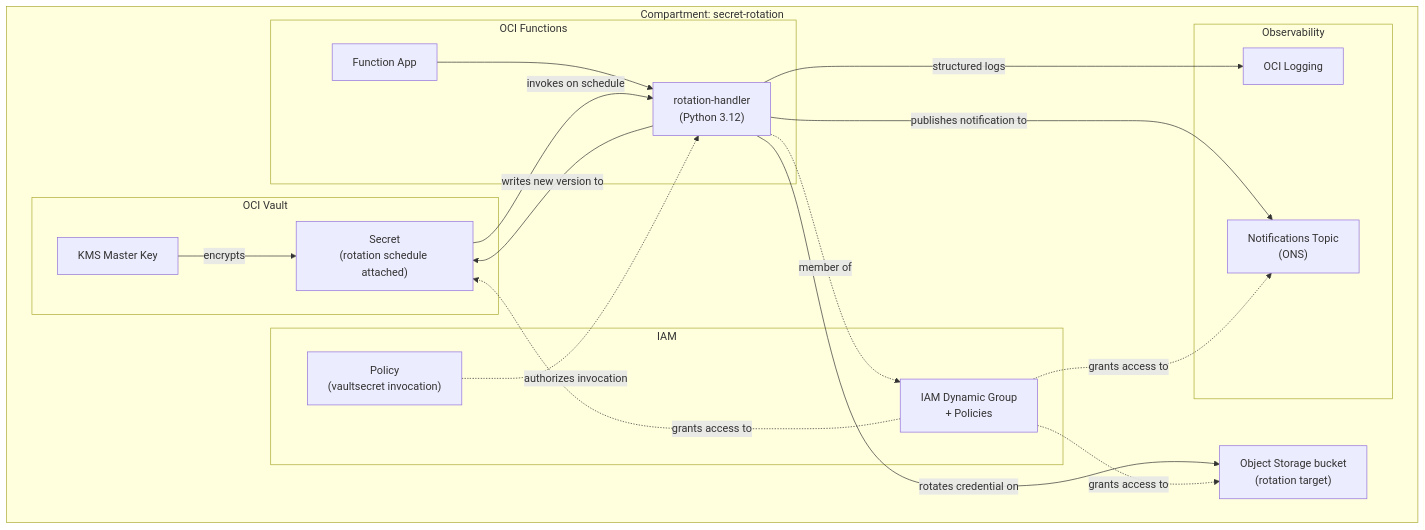
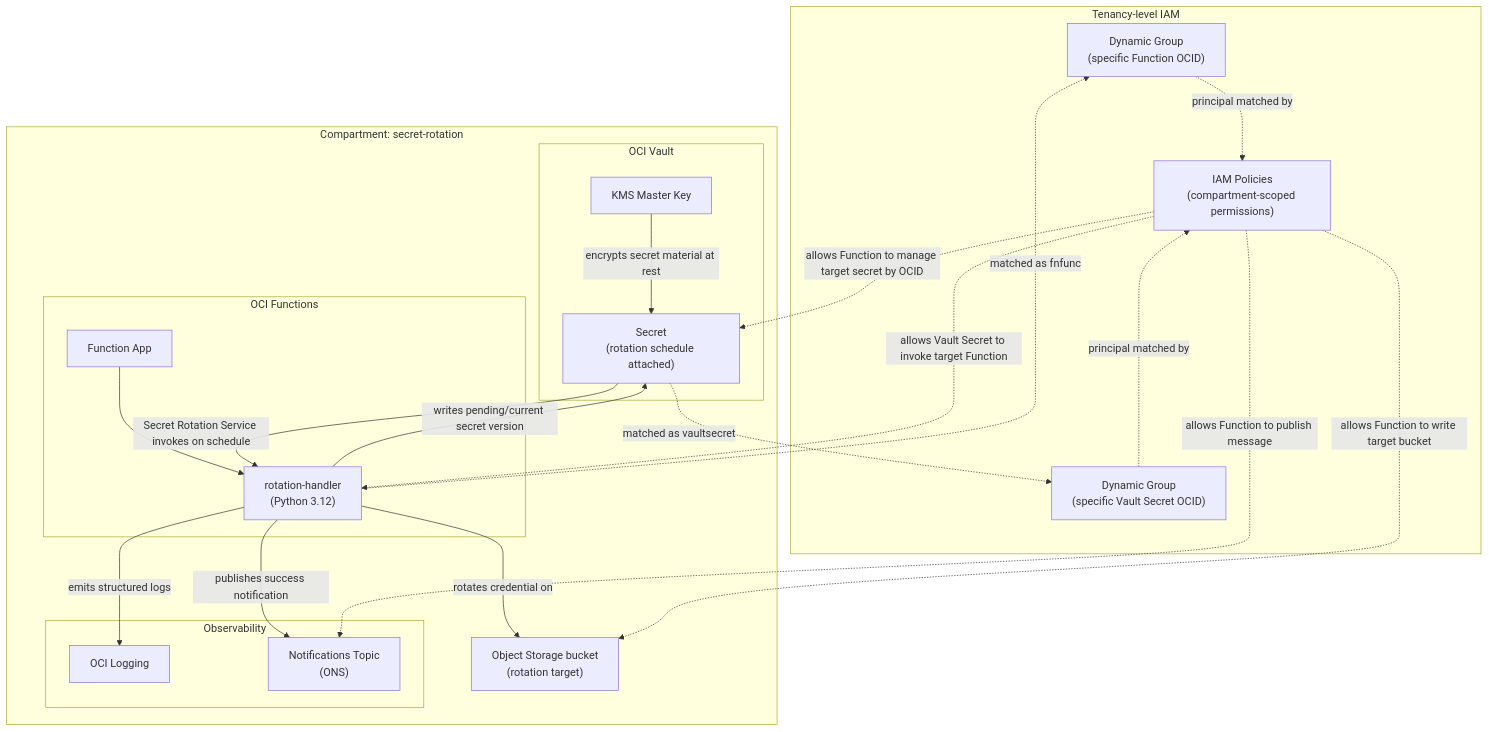
The first of 2 diagrams in docs/design.md (perspectivism/oci-secret-rotation), drawn with Mermaid before and after one commit. The commit also changed other lines of this file and 12 other files, not shown here.

````diff
--- a/docs/design.md
+++ b/docs/design.md
@@ -42,39 +42,45 @@
 ```mermaid
 graph TD
+    subgraph tenancy["Tenancy-level IAM"]
+        DG1["Dynamic Group<br/>(specific Function OCID)"]
+        DG2["Dynamic Group<br/>(specific Vault Secret OCID)"]
+        POL["IAM Policies<br/>(compartment-scoped permissions)"]
+        DG1 -. "principal matched by" .-> POL
+        DG2 -. "principal matched by" .-> POL
+    end
+
     subgraph compartment["Compartment: secret-rotation"]
-        subgraph iam["IAM"]
-            DG["IAM Dynamic Group<br/>+ Policies"]
-            POL["Policy<br/>(vaultsecret invocation)"]
-        end
-
         subgraph vault_group["OCI Vault"]
             KMS["KMS Master Key"]
             SEC["Secret<br/>(rotation schedule attached)"]
-            KMS -- "encrypts" --> SEC
+            KMS -- "encrypts secret material at rest" --> SEC
         end
 
         subgraph fn_group["OCI Functions"]
             FNA["Function App"]
             FN["rotation-handler<br/>(Python 3.12)"]
             FNA --> FN
         end
 
         MT["Object Storage bucket<br/>(rotation target)"]
 
         subgraph obs["Observability"]
             LG["OCI Logging"]
             NT["Notifications Topic<br/>(ONS)"]
         end
 
-        SEC -- "invokes on schedule" --> FN
+        SEC -- "Secret Rotation Service invokes on schedule" --> FN
         FN -- "rotates credential on" --> MT
-        FN -- "writes new version to" --> SEC
-        FN -- "publishes notification to" --> NT
-        FN -- "structured logs" --> LG
-        FN -. "member of" .-> DG
-        DG -. "grants access to" .-> SEC
-        DG -. "grants access to" .-> MT
-        DG -. "grants access to" .-> NT
-        POL -. "authorizes invocation" .-> FN
+        FN -- "writes pending/current secret version" --> SEC
+        FN -- "publishes success notification" --> NT
+        FN -- "emits structured logs" --> LG
+
+        POL -. "allows Function to manage target secret by OCID" .-> SEC
+        POL -. "allows Function to write target bucket" .-> MT
+        POL -. "allows Function to publish message" .-> NT
+        POL -. "allows Vault Secret to invoke target Function" .-> FN
+
+        FN -. "matched as fnfunc" .-> DG1
+        SEC -. "matched as vaultsecret" .-> DG2
     end
 ```
````
